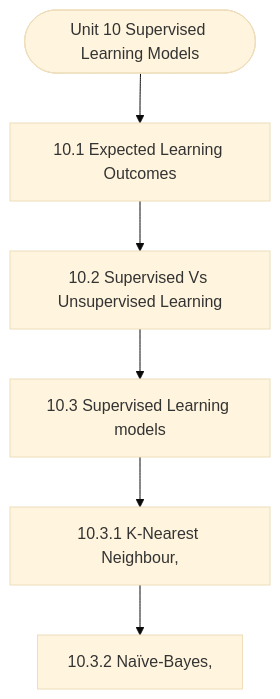
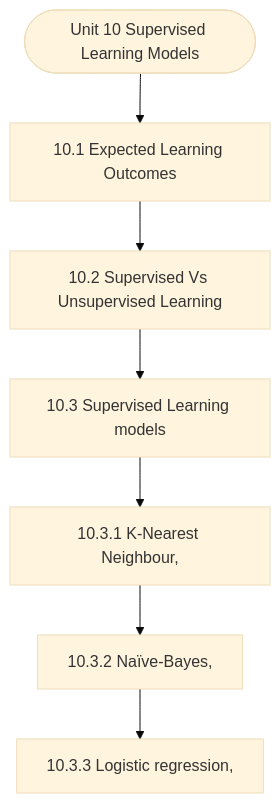
The diagram in notes/Semester_2/MCS-068_Predictive_Data_Analysis/unit_10_Supervised_Learning_Models.md (Asutosh-Coaching/mscdsa), drawn with Mermaid (base theme) before and after one commit. The commit also changed other lines of this file and 116 other files, not shown here.

````diff
--- a/notes/Semester_2/MCS-068_Predictive_Data_Analysis/unit_10_Supervised_Learning_Models.md
+++ b/notes/Semester_2/MCS-068_Predictive_Data_Analysis/unit_10_Supervised_Learning_Models.md
@@ -19,14 +19,16 @@
 ```mermaid
 flowchart TD
   Start(["Unit 10 Supervised Learning Models"])
   N1["10.1 Expected Learning Outcomes"]
   N2["10.2 Supervised Vs Unsupervised Learning"]
   N3["10.3 Supervised Learning models"]
   N4["10.3.1 K-Nearest Neighbour,"]
   N5["10.3.2 Naïve-Bayes,"]
+  N6["10.3.3 Logistic regression,"]
   Start --> N1
   N1 --> N2
   N2 --> N3
   N3 --> N4
   N4 --> N5
+  N5 --> N6
 ```
````
